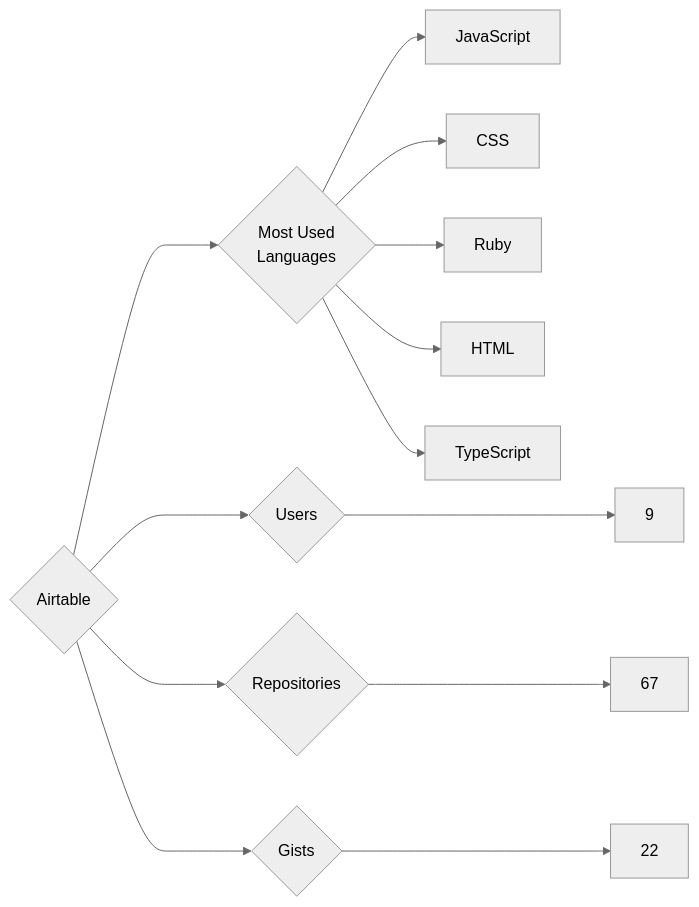
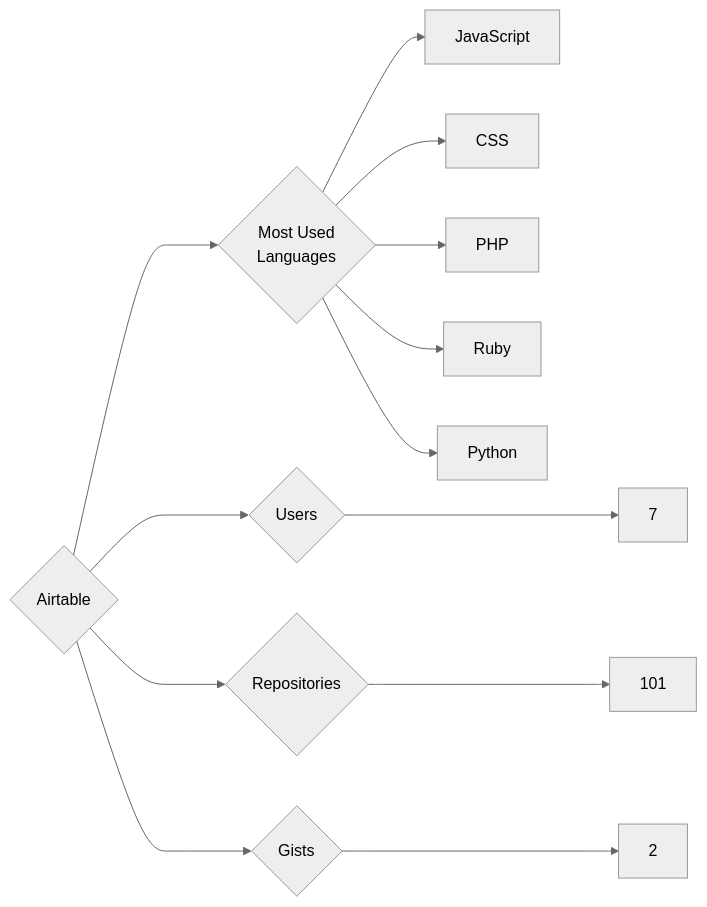
Before and after one commit to trickest/insiders: the diagram in targets/Airtable/README.md, drawn with Mermaid (neutral theme). The commit also changed 1148 other files, not shown here.

````diff
--- a/targets/Airtable/README.md
+++ b/targets/Airtable/README.md
@@ -3,13 +3,13 @@
 ```mermaid
 graph LR
 COMPANY_NAME{Airtable}
-COMPANY_NAME ---> U{Users} ---> UN[9]
-COMPANY_NAME ---> R{Repositories} ---> RN[67]
-COMPANY_NAME ---> G{Gists} ---> GN[22]
+COMPANY_NAME ---> U{Users} ---> UN[7]
+COMPANY_NAME ---> R{Repositories} ---> RN[101]
+COMPANY_NAME ---> G{Gists} ---> GN[2]
 COMPANY_NAME ---> ML{Most Used<br>Languages}
 ML --> JavaScript[JavaScript]
 ML --> CSS[CSS]
+ML --> PHP[PHP]
 ML --> Ruby[Ruby]
-ML --> HTML[HTML]
-ML --> TypeScript[TypeScript]
+ML --> Python[Python]
 ```
````
